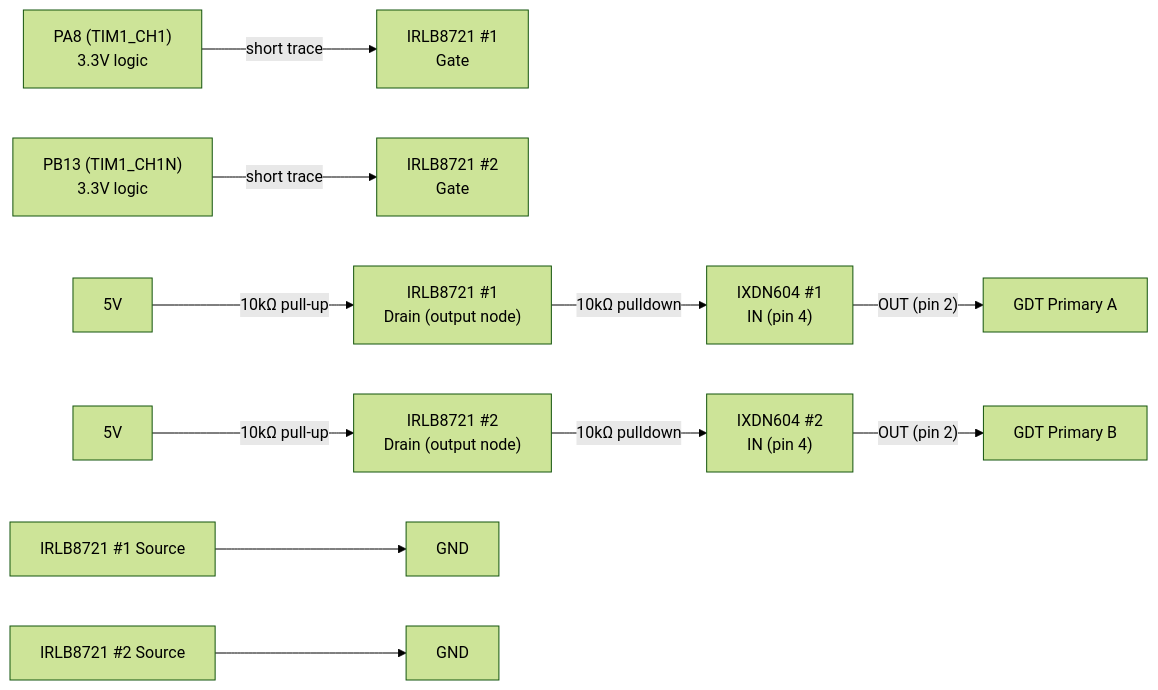
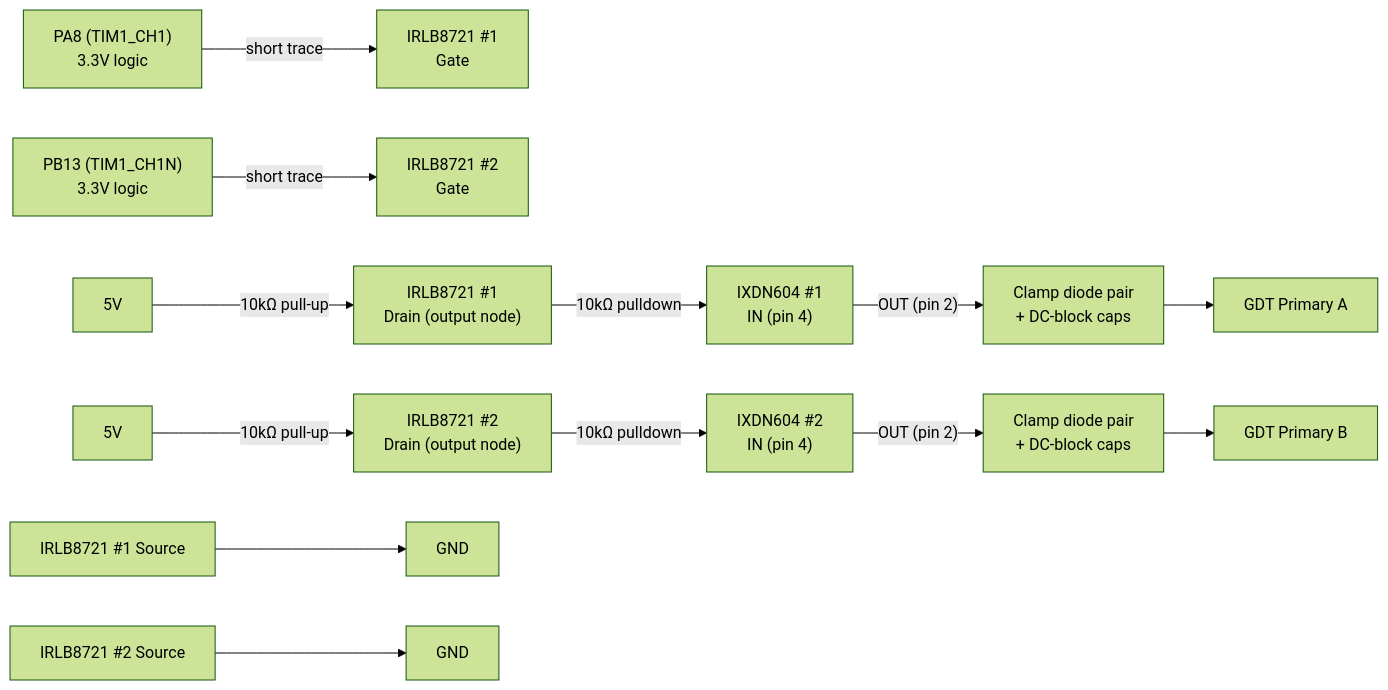
The first of 4 diagrams in docs/BOARD_V2_DIRECT.md (metanurb21/Nucleo-induction-heater), drawn with Mermaid (forest theme) before and after one commit. The commit also changed other lines of this file, not shown here.

First line of the commit message:
Add GDT primary protection network (clamp diodes + DC-block caps), both channels

````diff
--- a/docs/BOARD_V2_DIRECT.md
+++ b/docs/BOARD_V2_DIRECT.md
@@ -28,17 +28,19 @@
 ```mermaid
 graph LR
     PA8["PA8 (TIM1_CH1)<br/>3.3V logic"] -->|"short trace"| Q1G["IRLB8721 #1<br/>Gate"]
     PB13["PB13 (TIM1_CH1N)<br/>3.3V logic"] -->|"short trace"| Q2G["IRLB8721 #2<br/>Gate"]
 
     V5A["5V"] -->|"10kΩ pull-up"| Q1D["IRLB8721 #1<br/>Drain (output node)"]
     V5B["5V"] -->|"10kΩ pull-up"| Q2D["IRLB8721 #2<br/>Drain (output node)"]
 
     Q1D -->|"10kΩ pulldown"| IXDN1["IXDN604 #1<br/>IN (pin 4)"]
     Q2D -->|"10kΩ pulldown"| IXDN2["IXDN604 #2<br/>IN (pin 4)"]
 
     Q1S["IRLB8721 #1 Source"] --> GND1["GND"]
     Q2S["IRLB8721 #2 Source"] --> GND2["GND"]
 
-    IXDN1 -->|"OUT (pin 2)"| GDT1["GDT Primary A"]
-    IXDN2 -->|"OUT (pin 2)"| GDT2["GDT Primary B"]
+    IXDN1 -->|"OUT (pin 2)"| PROT1["Clamp diode pair<br/>+ DC-block caps"]
+    IXDN2 -->|"OUT (pin 2)"| PROT2["Clamp diode pair<br/>+ DC-block caps"]
+    PROT1 --> GDT1["GDT Primary A"]
+    PROT2 --> GDT2["GDT Primary B"]
 ```
````
